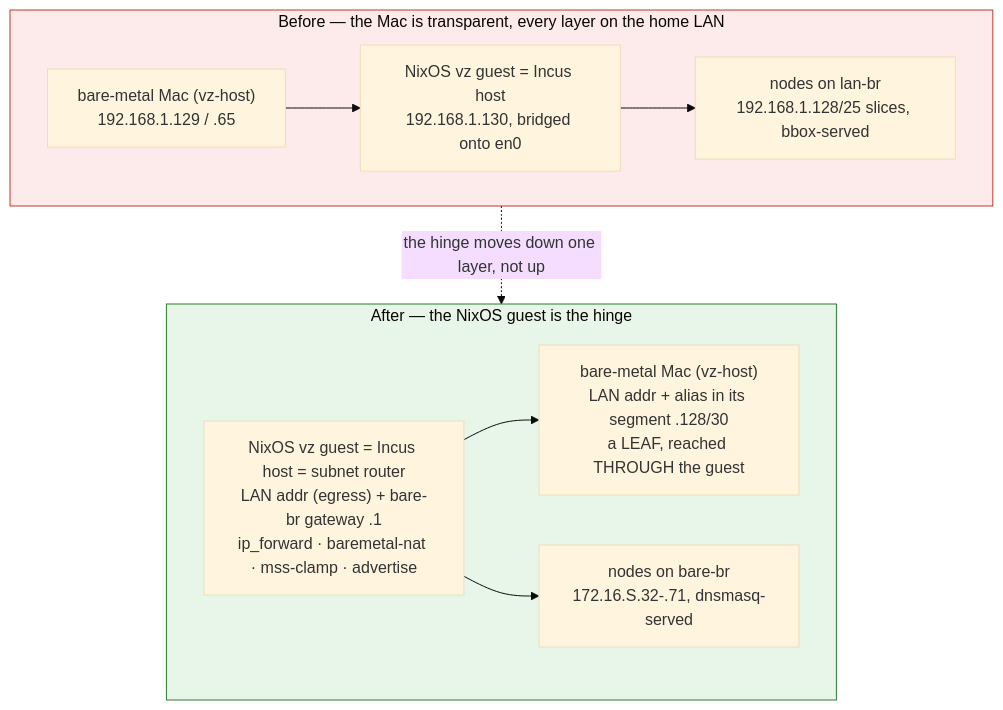
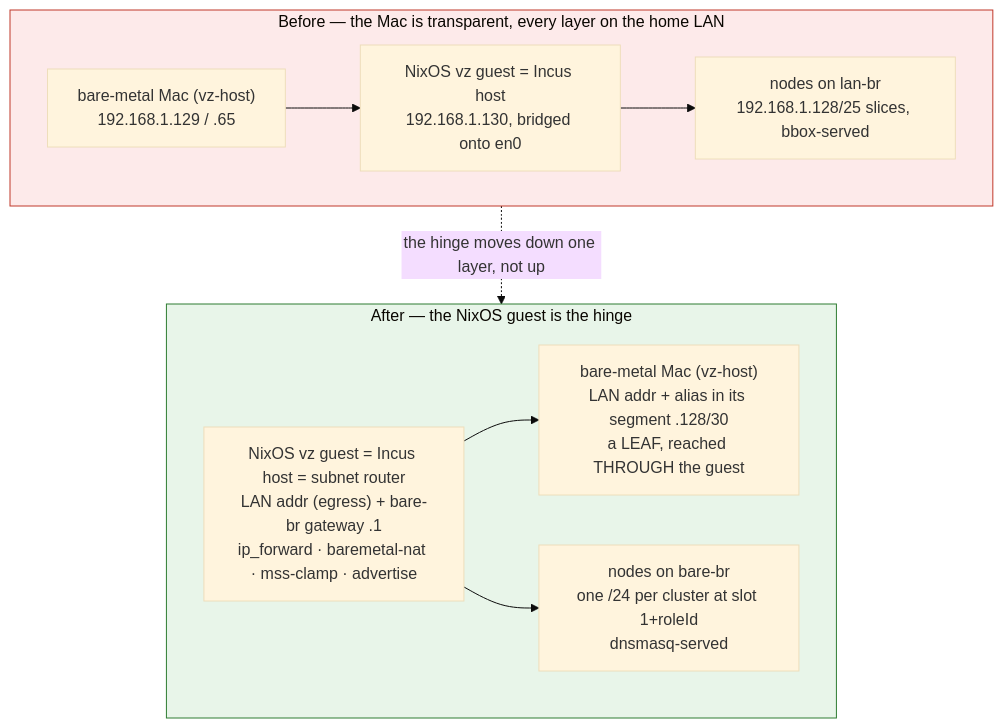
One commit to seedmatic/rke2lab changed the second of 5 diagrams in docs/architecture/atlas/netplan.adoc. Above: the diagram before and after it, drawn with Mermaid (base theme). The commit also changed 13 other files, not shown here.

```diff
--- a/docs/architecture/atlas/netplan.adoc
+++ b/docs/architecture/atlas/netplan.adoc
@@ -70,21 +70,21 @@
 [mermaid]
 ----
 flowchart TB
   subgraph BEFORE[Before — the Mac is transparent, every layer on the home LAN]
     b1["bare-metal Mac (vz-host)<br/>192.168.1.129 / .65"]
     b2["NixOS vz guest = Incus host<br/>192.168.1.130, bridged onto en0"]
     b3["nodes on lan-br<br/>192.168.1.128/25 slices, bbox-served"]
     b1 --> b2 --> b3
   end
   subgraph AFTER[After — the NixOS guest is the hinge]
     a1["bare-metal Mac (vz-host)<br/>LAN addr + alias in its segment .128/30<br/>a LEAF, reached THROUGH the guest"]
     a2["NixOS vz guest = Incus host = subnet router<br/>LAN addr (egress) + bare-br gateway .1<br/>ip_forward · baremetal-nat · mss-clamp · advertise"]
-    a3["nodes on bare-br<br/>172.16.S.32-.71, dnsmasq-served"]
+    a3["nodes on bare-br<br/>one /24 per cluster at slot 1+roleId<br/>dnsmasq-served"]
     a2 --> a1
     a2 --> a3
   end
   BEFORE -.the hinge moves down one layer, not up.-> AFTER
 
   style BEFORE fill:#fdeaea,stroke:#c0392b
   style AFTER fill:#e8f5e9,stroke:#2e7d32
 ----
```
